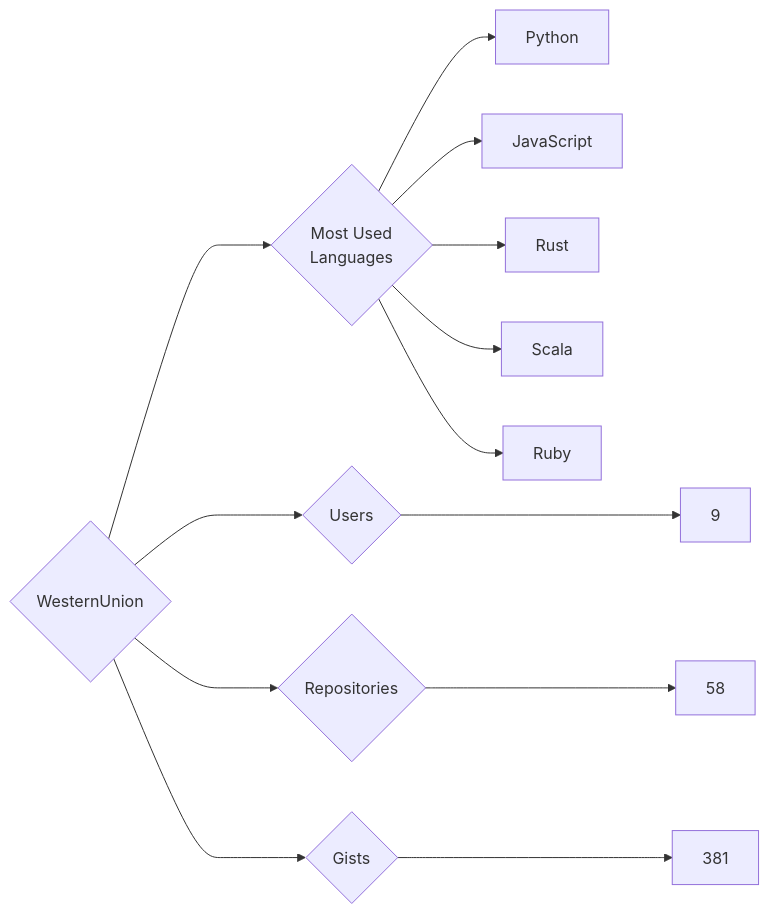
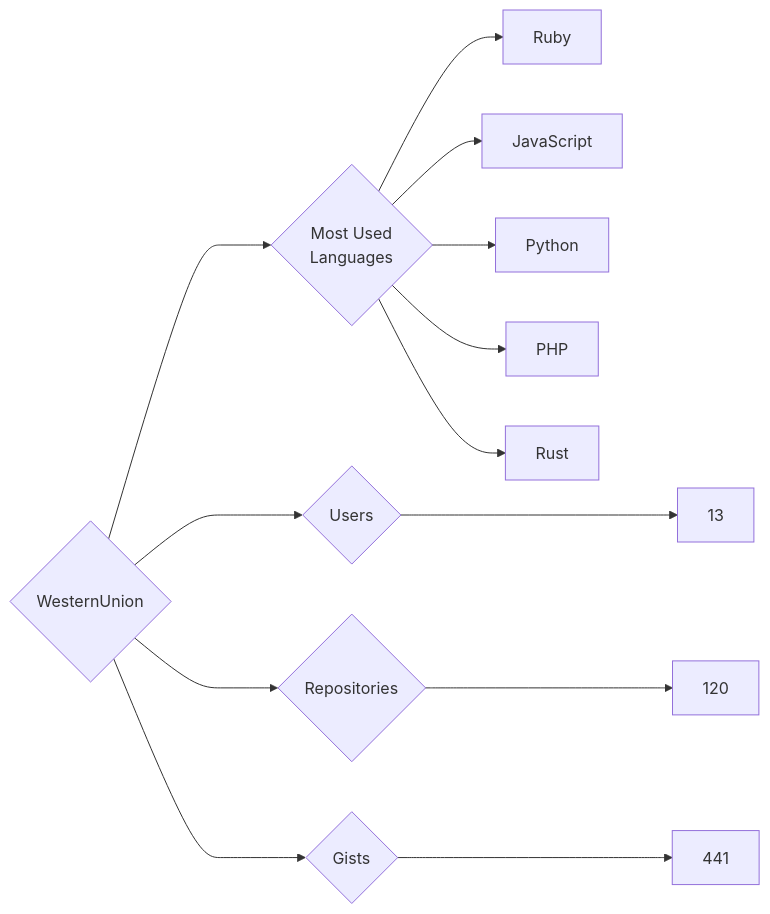
One commit to trickest/insiders changed the diagram in targets/WesternUnion/README.md. Above: the diagram before and after it, drawn with Mermaid. The commit also changed 1479 other files, not shown here.

````diff
--- a/targets/WesternUnion/README.md
+++ b/targets/WesternUnion/README.md
@@ -3,13 +3,13 @@
 ```mermaid
 graph LR
 COMPANY_NAME{WesternUnion}
-COMPANY_NAME ---> U{Users} ---> UN[9]
-COMPANY_NAME ---> R{Repositories} ---> RN[58]
-COMPANY_NAME ---> G{Gists} ---> GN[381]
+COMPANY_NAME ---> U{Users} ---> UN[13]
+COMPANY_NAME ---> R{Repositories} ---> RN[120]
+COMPANY_NAME ---> G{Gists} ---> GN[441]
 COMPANY_NAME ---> ML{Most Used<br>Languages}
+ML --> Ruby[Ruby]
+ML --> JavaScript[JavaScript]
 ML --> Python[Python]
-ML --> JavaScript[JavaScript]
+ML --> PHP[PHP]
 ML --> Rust[Rust]
-ML --> Scala[Scala]
-ML --> Ruby[Ruby]
 ```
````
